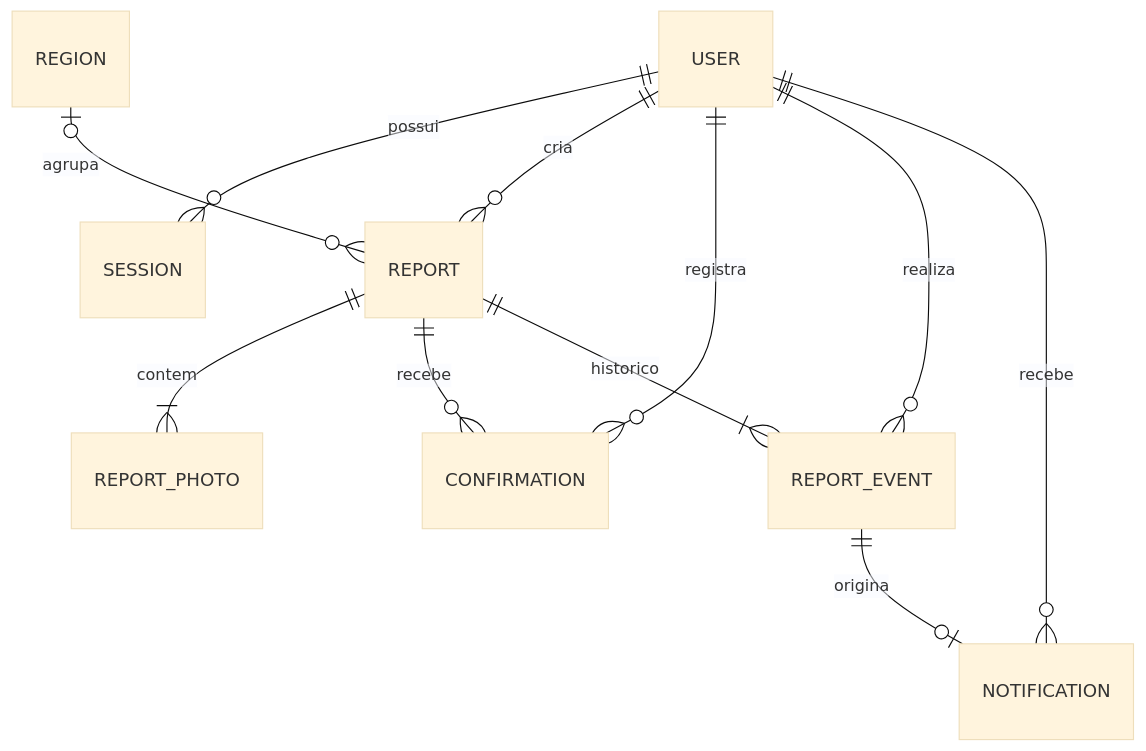
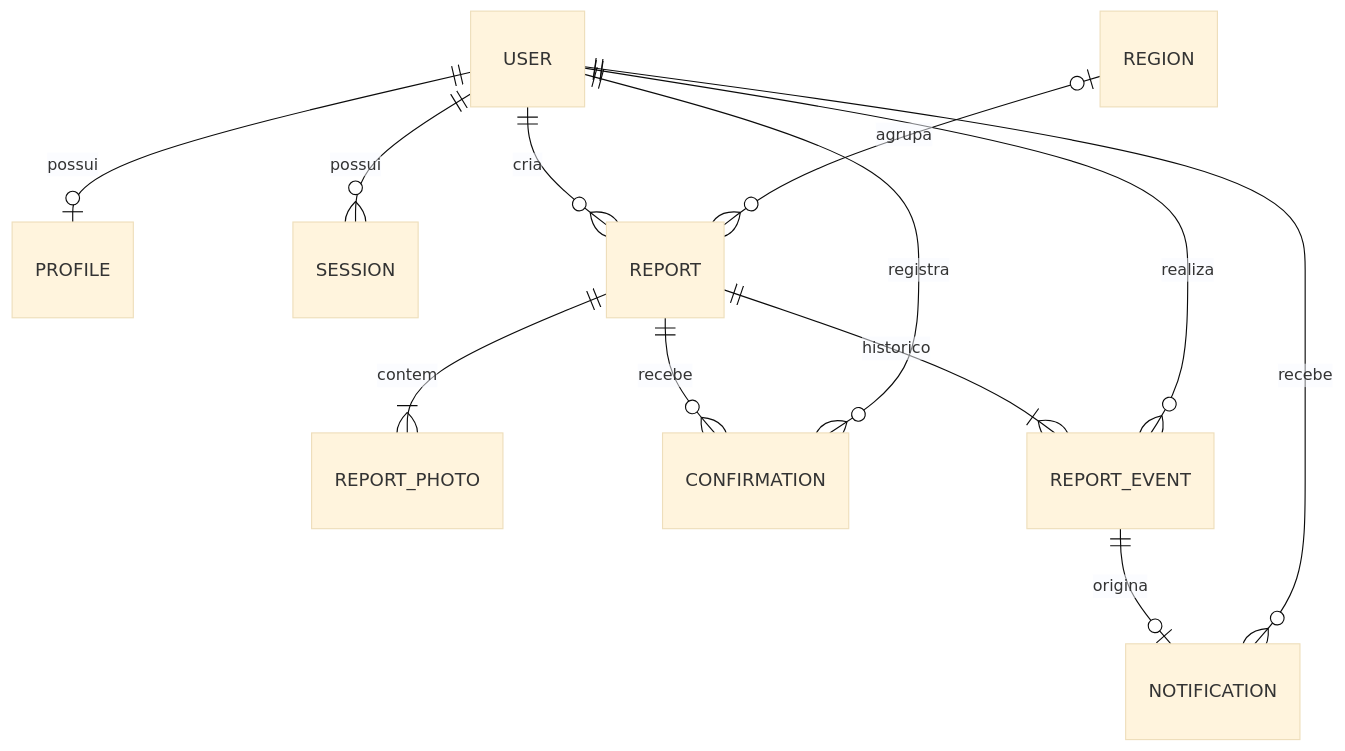
One commit to Duck1201/MyCity changed the diagram in docs/data-model.md. Above: the diagram before and after it, drawn with Mermaid (base theme). The commit also changed other lines of this file and 327 other files, not shown here.

````diff
--- a/docs/data-model.md
+++ b/docs/data-model.md
@@ -22,13 +23,14 @@
 ```mermaid
 erDiagram
+    USER ||--o| PROFILE : possui
     USER ||--o{ SESSION : possui
     USER ||--o{ REPORT : cria
     REPORT ||--|{ REPORT_PHOTO : contem
     REPORT ||--o{ CONFIRMATION : recebe
     USER ||--o{ CONFIRMATION : registra
     REPORT ||--|{ REPORT_EVENT : historico
     USER ||--o{ REPORT_EVENT : realiza
     REPORT_EVENT ||--o| NOTIFICATION : origina
     USER ||--o{ NOTIFICATION : recebe
     REGION o|--o{ REPORT : agrupa
 ```
````
